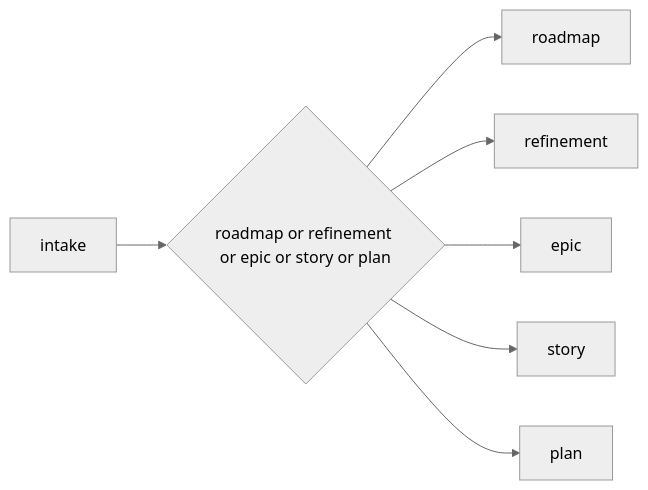
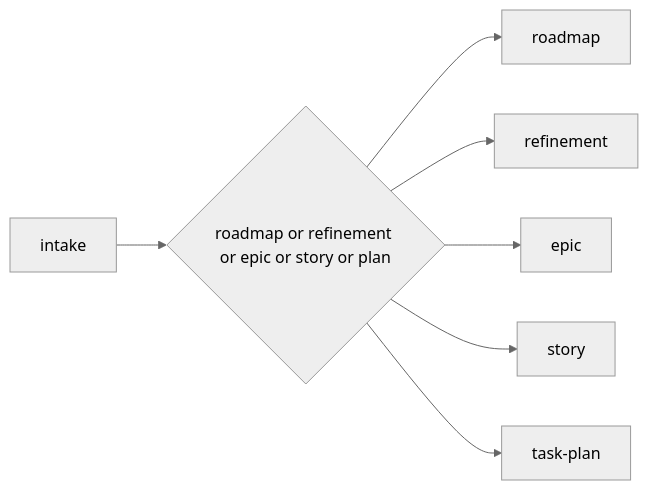
One commit to djalmajr/essential-skills changed the diagram in skills/agile-intake/SKILL.md. Above: the diagram before and after it, drawn with Mermaid (neutral theme). The commit also changed other lines of this file and 29 other files, not shown here.

First line of the commit message:
Rename agile-plan to agile-task-plan, remove all sizing codes

````diff
--- a/skills/agile-intake/SKILL.md
+++ b/skills/agile-intake/SKILL.md
@@ -115,9 +115,9 @@
 ```mermaid
 flowchart LR
     A[intake] --> B{roadmap or refinement or epic or story or plan}
     B --> C[roadmap]
     B --> D[refinement]
     B --> E[epic]
     B --> F[story]
-    B --> G[plan]
+    B --> G["task-plan"]
 ```
````
